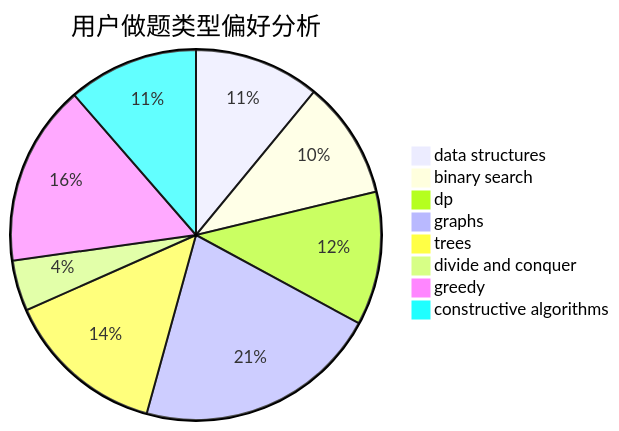
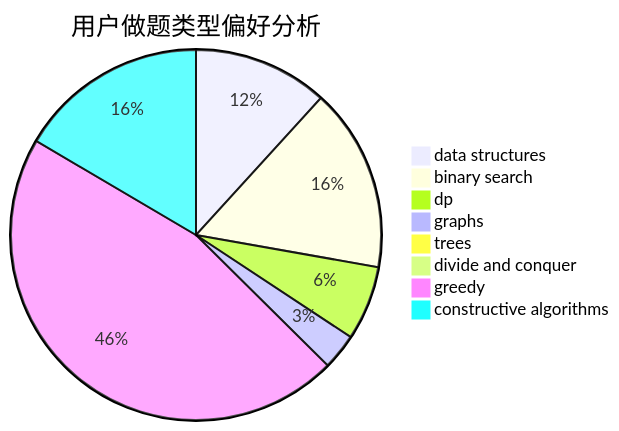
Before and after one commit to sherpahu/cfrs.github.io: the second of 3 diagrams in docs/user/u283.md, drawn with Mermaid. The commit also changed other lines of this file and 2770 other files, not shown here.

````diff
--- a/docs/user/u283.md
+++ b/docs/user/u283.md
@@ -23,11 +23,11 @@
 ```mermaid
 pie title 用户做题类型偏好分析
-    "data structures" :  156
-    "binary search" :  146
-    "dp" :  166
-    "graphs" :  304
-    "trees" :  200
-    "divide and conquer" :  63
-    "greedy" :  225
-    "constructive algorithms" :  162
+    "data structures" :  116
+    "binary search" :  158
+    "dp" :  64
+    "graphs" :  31
+    "trees" :  4
+    "divide and conquer" :  0
+    "greedy" :  454
+    "constructive algorithms" :  163
 ```
````
